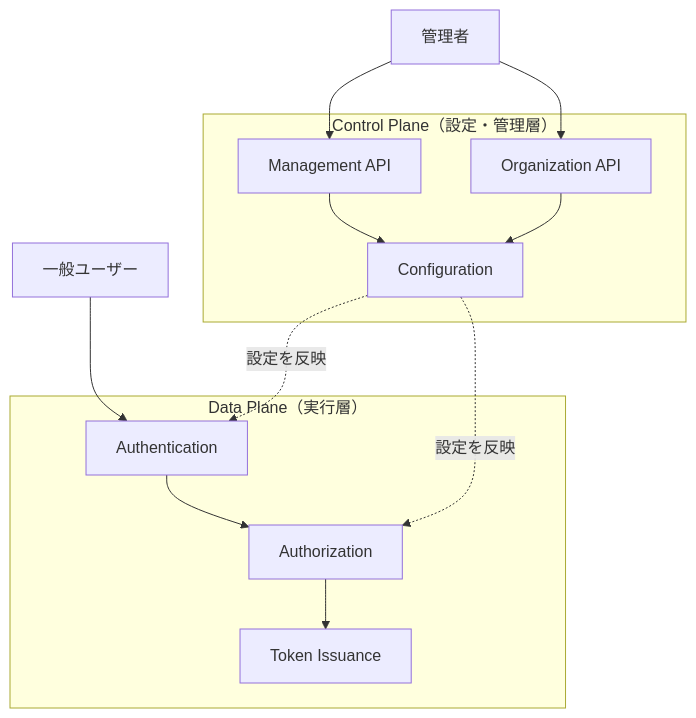
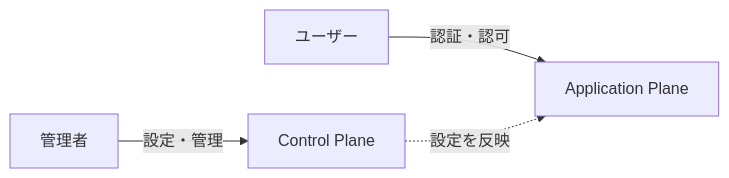
Before and after one commit to hirokazu-kobayashi-koba-hiro/idp-server: the diagram in documentation/docs/content_03_concepts/concept-10-control-plane.md, drawn with Mermaid. The commit also changed other lines of this file, not shown here.

First line of the commit message:
Rewrite concept-10-control-plane.md with concept-focused approach

````diff
--- a/documentation/docs/content_03_concepts/concept-10-control-plane.md
+++ b/documentation/docs/content_03_concepts/concept-10-control-plane.md
@@ -9,26 +11,6 @@
 ```mermaid
-flowchart TB
-    subgraph "Control Plane（設定・管理層）"
-        CP_API[Management API]
-        CP_ORG[Organization API]
-        CP_CONF[Configuration]
-    end
-    
-    subgraph "Data Plane（実行層）"
-        DP_AUTH[Authentication]
-        DP_AUTHZ[Authorization]
-        DP_TOKEN[Token Issuance]
-    end
-    
-    ADMIN[管理者] --> CP_API
-    ADMIN --> CP_ORG
-    CP_API --> CP_CONF
-    CP_ORG --> CP_CONF
-    
-    USER[一般ユーザー] --> DP_AUTH
-    DP_AUTH --> DP_AUTHZ
-    DP_AUTHZ --> DP_TOKEN
-    
-    CP_CONF -.設定を反映.-> DP_AUTH
-    CP_CONF -.設定を反映.-> DP_AUTHZ
+flowchart LR
+    ADMIN[管理者] -->|設定・管理| CP[Control Plane]
+    USER[ユーザー] -->|認証・認可| AP[Application Plane]
+    CP -.設定を反映.-> AP
 ```
````
